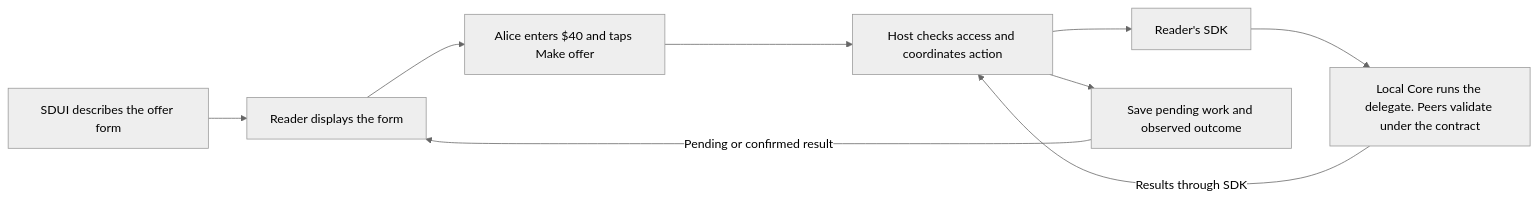
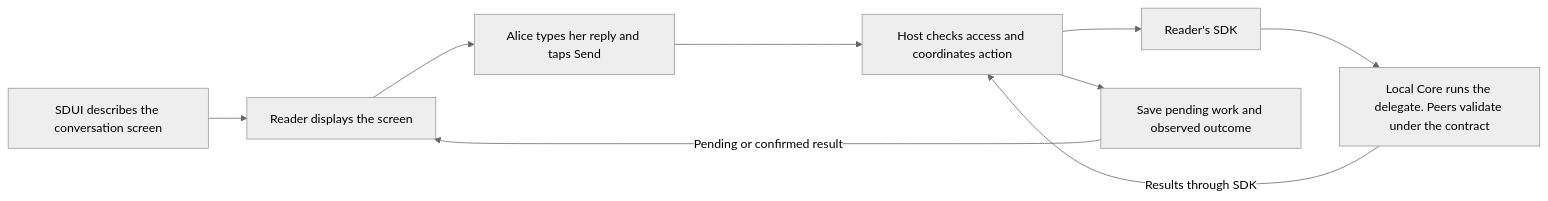
One commit to EVY-Platform/evy-freenet-plans changed the diagram in appkit/sdui.md. Above: the diagram before and after it, drawn with Mermaid (neutral theme). The commit also changed other lines of this file and 17 other files, not shown here.

````diff
--- a/appkit/sdui.md
+++ b/appkit/sdui.md
@@ -15,11 +15,11 @@
 ```mermaid
 flowchart LR
-    D["SDUI describes the offer form"] --> R["Reader displays the form"]
-    R --> A["Alice enters $40 and taps Make offer"]
+    D["SDUI describes the conversation screen"] --> R["Reader displays the screen"]
+    R --> A["Alice types her reply and taps Send"]
     A --> H["Host checks access and coordinates action"]
     H --> SDK["Reader's SDK"]
     SDK --> F["Local Core runs the delegate. Peers validate under the contract"]
     F -->|"Results through SDK"| H
     H --> J["Save pending work and observed outcome"]
     J -->|"Pending or confirmed result"| R
 ```
````
